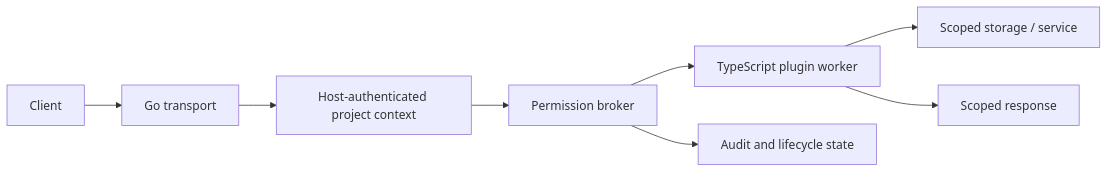
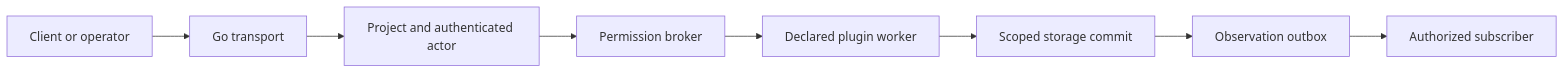
Before and after one commit to arashrasoulzadeh/brain: the diagram in docs/index.md, drawn with Mermaid. The commit also changed other lines of this file and 14 other files, not shown here.

Commit message:
docs: refresh host, client, SDK, deployment and HTTP references against current main

````diff
--- a/docs/index.md
+++ b/docs/index.md
@@ -16,10 +39,10 @@
 ```mermaid
 flowchart LR
-  C[Client] --> T[Go transport]
-  T --> P[Host-authenticated project context]
+  C[Client or operator] --> H[Go transport]
+  H --> P[Project and authenticated actor]
   P --> B[Permission broker]
-  B --> W[TypeScript plugin worker]
-  W --> S[Scoped storage / service]
-  B --> A[Audit and lifecycle state]
-  W --> R[Scoped response]
+  B --> W[Declared plugin worker]
+  W --> S[Scoped storage commit]
+  S --> O[Observation outbox]
+  O --> A[Authorized subscriber]
 ```
````
